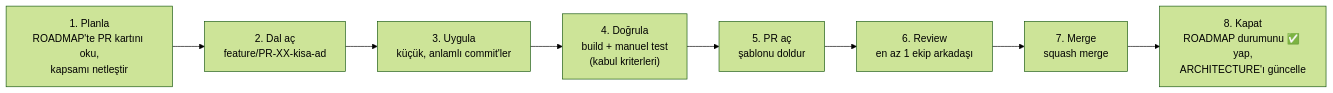
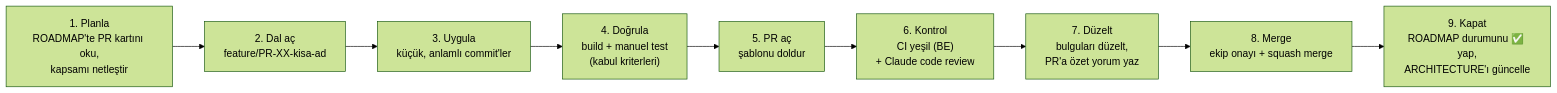
The first of 2 diagrams in ROADMAP.md (bitirmesel/GraduationProject), drawn with Mermaid (forest theme) before and after one commit. The commit also changed other lines of this file, not shown here.

First line of the commit message:
[PR-00] docs: ROADMAP'e CI + review adımı, PR-01/PR-17 durumları

````diff
--- a/ROADMAP.md
+++ b/ROADMAP.md
@@ -16,10 +16,11 @@
 ```mermaid
 flowchart LR
     A["1. Planla<br/>ROADMAP'te PR kartını oku,<br/>kapsamı netleştir"] --> B["2. Dal aç<br/>feature/PR-XX-kisa-ad"]
     B --> C["3. Uygula<br/>küçük, anlamlı commit'ler"]
     C --> D["4. Doğrula<br/>build + manuel test<br/>(kabul kriterleri)"]
     D --> E["5. PR aç<br/>şablonu doldur"]
-    E --> F["6. Review<br/>en az 1 ekip arkadaşı"]
-    F --> G["7. Merge<br/>squash merge"]
-    G --> H["8. Kapat<br/>ROADMAP durumunu ✅ yap,<br/>ARCHITECTURE'ı güncelle"]
+    E --> F["6. Kontrol<br/>CI yeşil (BE)<br/>+ Claude code review"]
+    F --> F2["7. Düzelt<br/>bulguları düzelt,<br/>PR'a özet yorum yaz"]
+    F2 --> G["8. Merge<br/>ekip onayı + squash merge"]
+    G --> H["9. Kapat<br/>ROADMAP durumunu ✅ yap,<br/>ARCHITECTURE'ı güncelle"]
 ```
````
